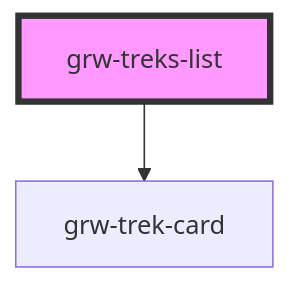
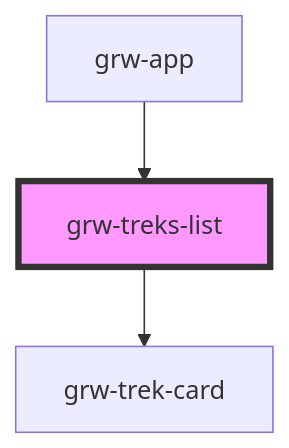
Before and after one commit to GeotrekCE/Geotrek-rando-widget: the diagram in src/components/grw-treks-list/readme.md, drawn with Mermaid. The commit also changed other lines of this file and 31 other files, not shown here.

````diff
--- a/src/components/grw-treks-list/readme.md
+++ b/src/components/grw-treks-list/readme.md
@@ -15,5 +19,6 @@
 ```mermaid
 graph TD;
   grw-treks-list --> grw-trek-card
+  grw-app --> grw-treks-list
   style grw-treks-list fill:#f9f,stroke:#333,stroke-width:4px
 ```
````
